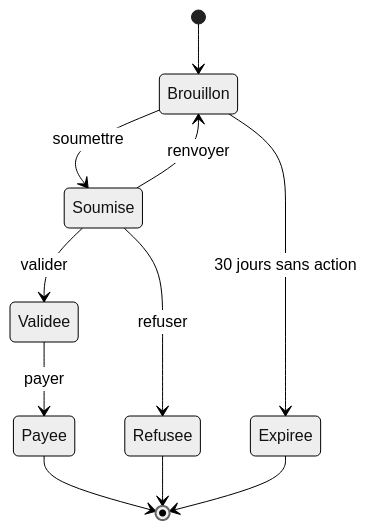
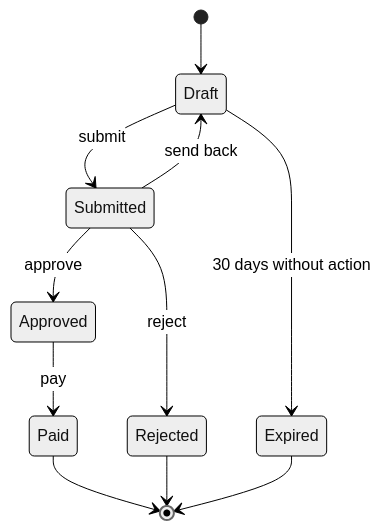
One commit to MasterLaplace/LplCraftSkills changed the fourth of 7 diagrams in skills/se-faire-comprendre/references/visuels.md. Above: the diagram before and after it, drawn with Mermaid (neutral theme). The commit also changed other lines of this file and 16 other files, not shown here.

First line of the commit message:
docs: Mermaid diagram text moves to English, the prose stays French

````diff
--- a/skills/se-faire-comprendre/references/visuels.md
+++ b/skills/se-faire-comprendre/references/visuels.md
@@ -74,13 +74,13 @@
 ```mermaid
 stateDiagram-v2
-  [*] --> Brouillon
-  Brouillon --> Soumise: soumettre
-  Soumise --> Validee: valider
-  Soumise --> Brouillon: renvoyer
-  Validee --> Payee: payer
-  Soumise --> Refusee: refuser
-  Brouillon --> Expiree: 30 jours sans action
-  Payee --> [*]
-  Refusee --> [*]
-  Expiree --> [*]
+  [*] --> Draft
+  Draft --> Submitted: submit
+  Submitted --> Approved: approve
+  Submitted --> Draft: send back
+  Approved --> Paid: pay
+  Submitted --> Rejected: reject
+  Draft --> Expired: 30 days without action
+  Paid --> [*]
+  Rejected --> [*]
+  Expired --> [*]
 ```
````
